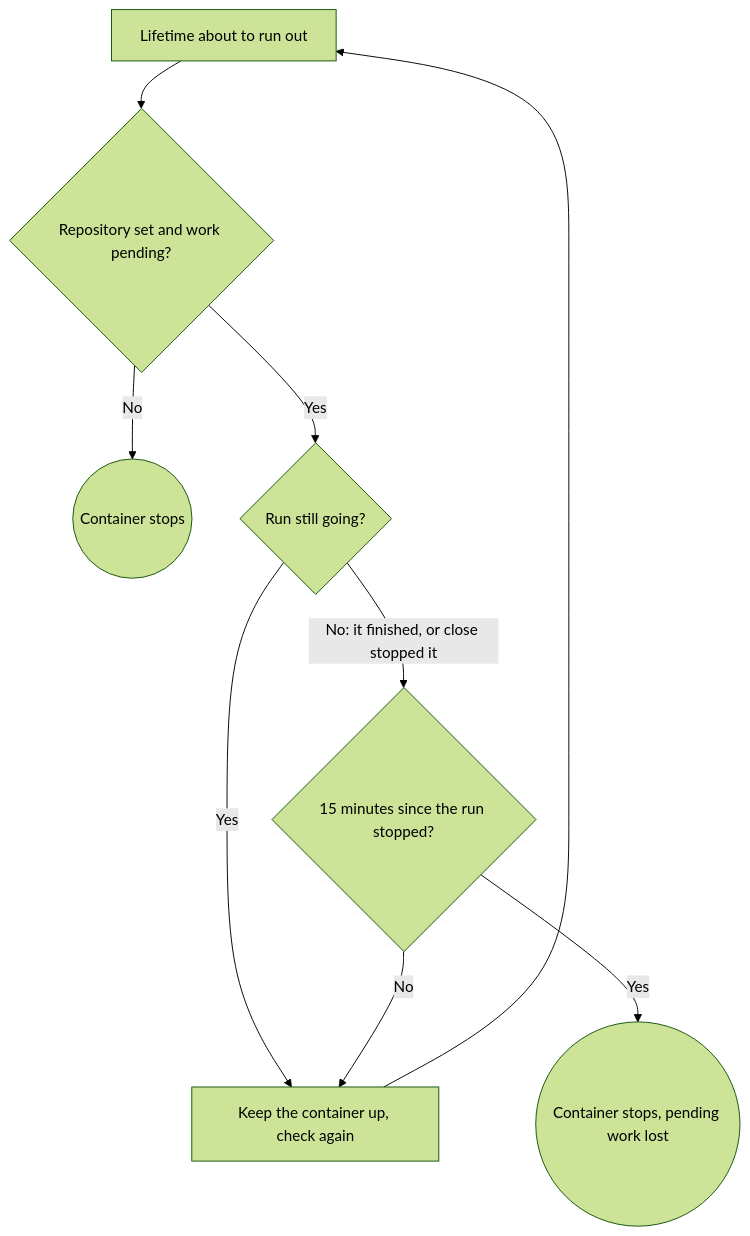
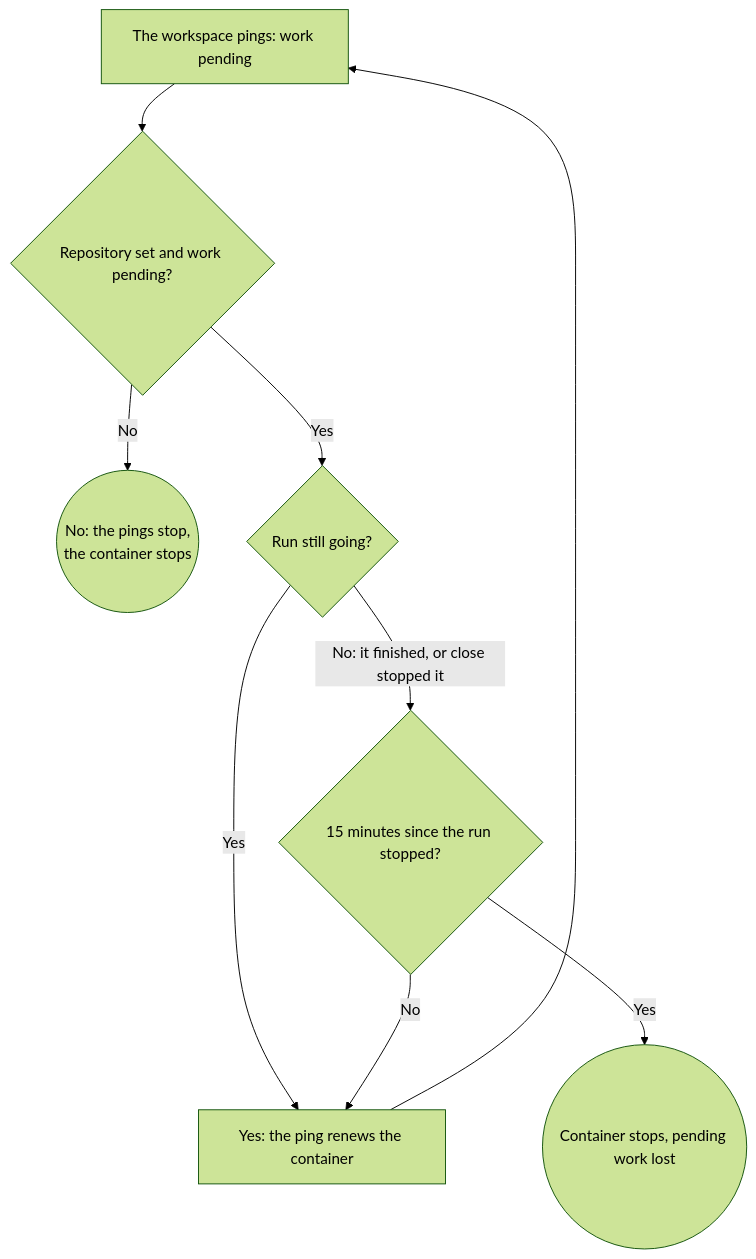
The first of 2 diagrams in docs/technical-design/workspace.md (asermax/tentacles), drawn with Mermaid (forest theme) before and after one commit. The commit also changed other lines of this file and 6 other files, not shown here.

````diff
--- a/docs/technical-design/workspace.md
+++ b/docs/technical-design/workspace.md
@@ -36,11 +38,11 @@
 ```mermaid
 flowchart TD
-    A[Lifetime about to run out] --> B{"Repository set and work pending?"}
-    B -->|No| S((Container stops))
+    A["The workspace pings: work pending"] --> B{"Repository set and work pending?"}
+    B -->|No| S(("No: the pings stop,<br/>the container stops"))
     B -->|Yes| C{"Run still going?"}
-    C -->|Yes| K[Keep the container up, check again]
+    C -->|Yes| K["Yes: the ping renews the container"]
     K --> A
     C -->|"No: it finished, or close stopped it"| D{"15 minutes since the run stopped?"}
     D -->|No| K
     D -->|Yes| L((Container stops, pending work lost))
 ```
````
